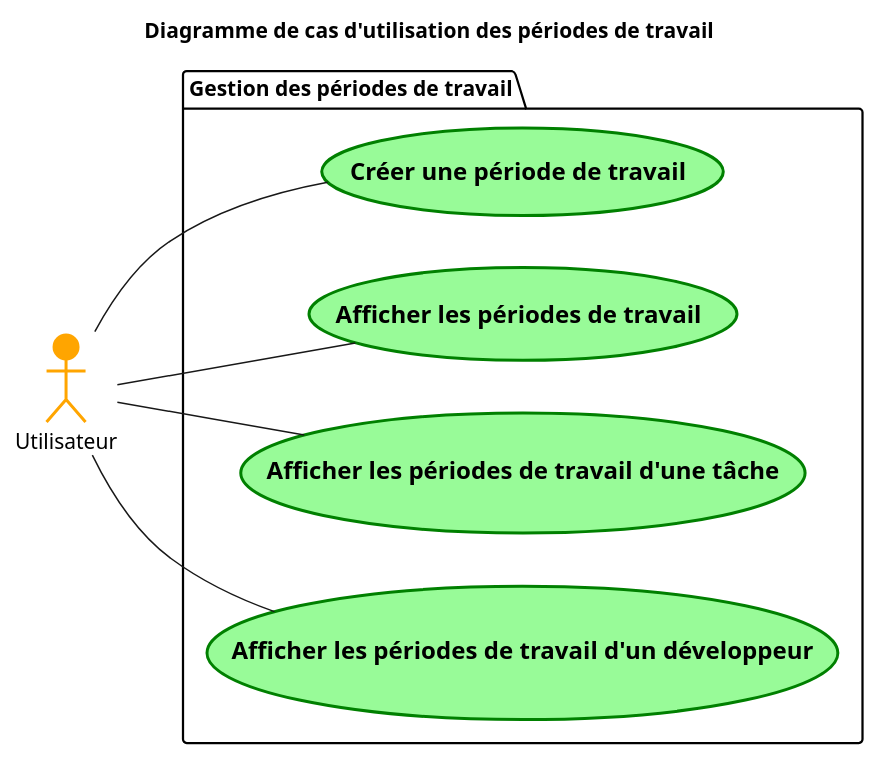
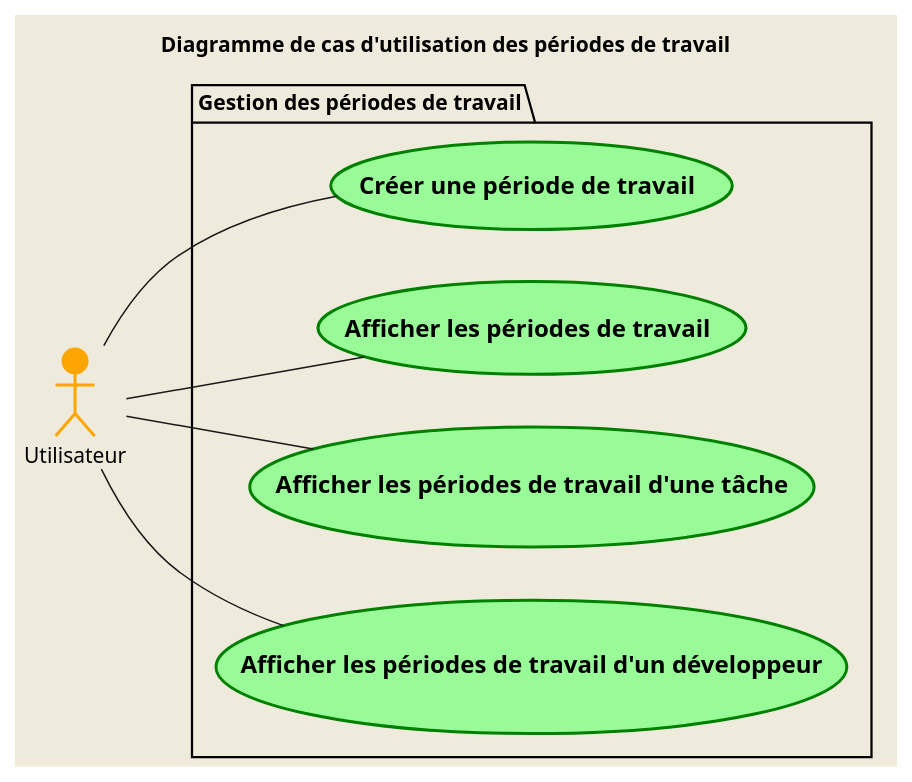
The diagram in Modelisation/Diagrammes/PlantUML/diag_use_case_4.puml (SamuelGuillemet/igloo), drawn with PlantUML before and after one commit. The commit also changed 7 other files, not shown here.

Commit message:
Add plantuml testing files

```diff
--- a/Modelisation/Diagrammes/PlantUML/diag_use_case_4.puml
+++ b/Modelisation/Diagrammes/PlantUML/diag_use_case_4.puml
@@ -1,22 +1,24 @@
-@startuml  
+@startuml UseCase4
 title Diagramme de cas d'utilisation des périodes de travail
 
 left to right direction
+skinparam style strictuml
+skinparam backgroundColor #EEEBDC
 
 actor Utilisateur #Orange;line:Orange;line.bold
 
 package "Gestion des périodes de travail" {
     usecase "== Créer une période de travail" as UC4 #PaleGreen;line:Green;line.bold
     usecase "== Afficher les périodes de travail" as UC11 #PaleGreen;line:Green;line.bold
     usecase "== Afficher les périodes de travail d'une tâche" as UC12 #PaleGreen;line:Green;line.bold
     usecase "== Afficher les périodes de travail d'un développeur" as UC13 #PaleGreen;line:Green;line.bold
 }
 
 
 
 Utilisateur -- UC4
 Utilisateur -- UC11
 Utilisateur -- UC12
 Utilisateur -- UC13
 
 @enduml
```
